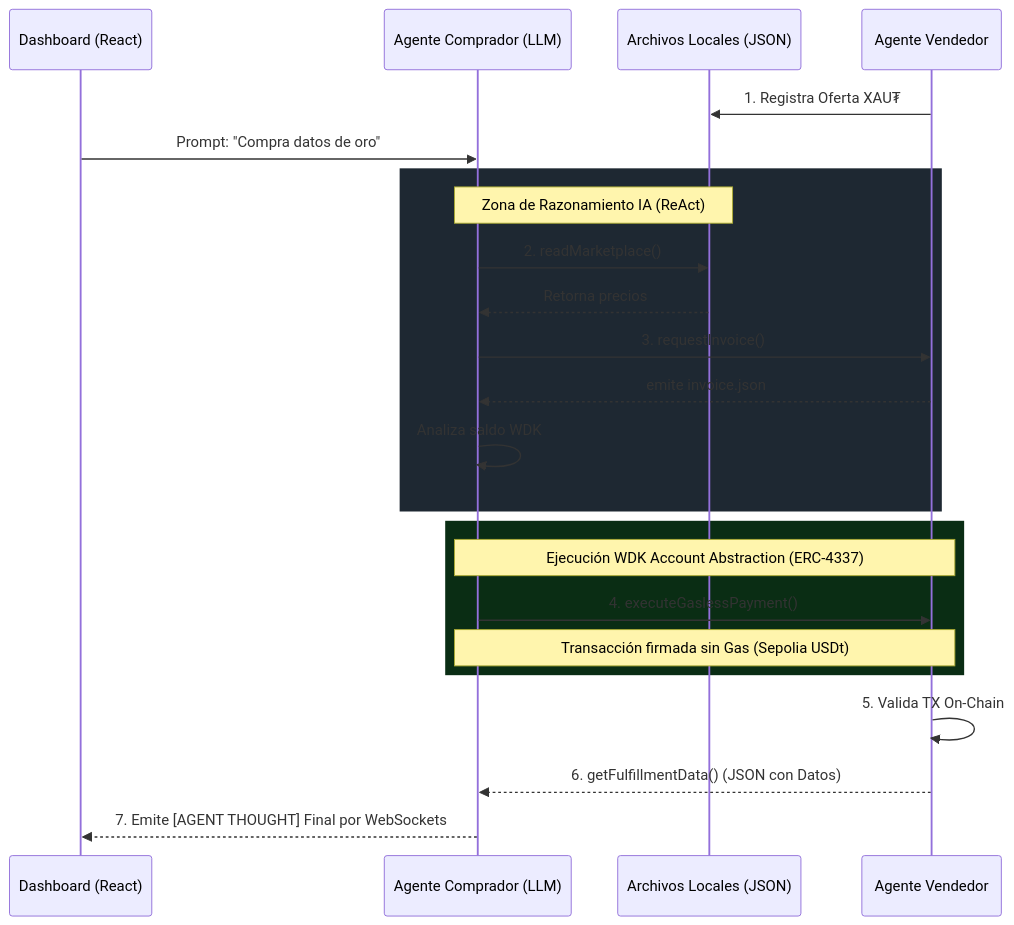
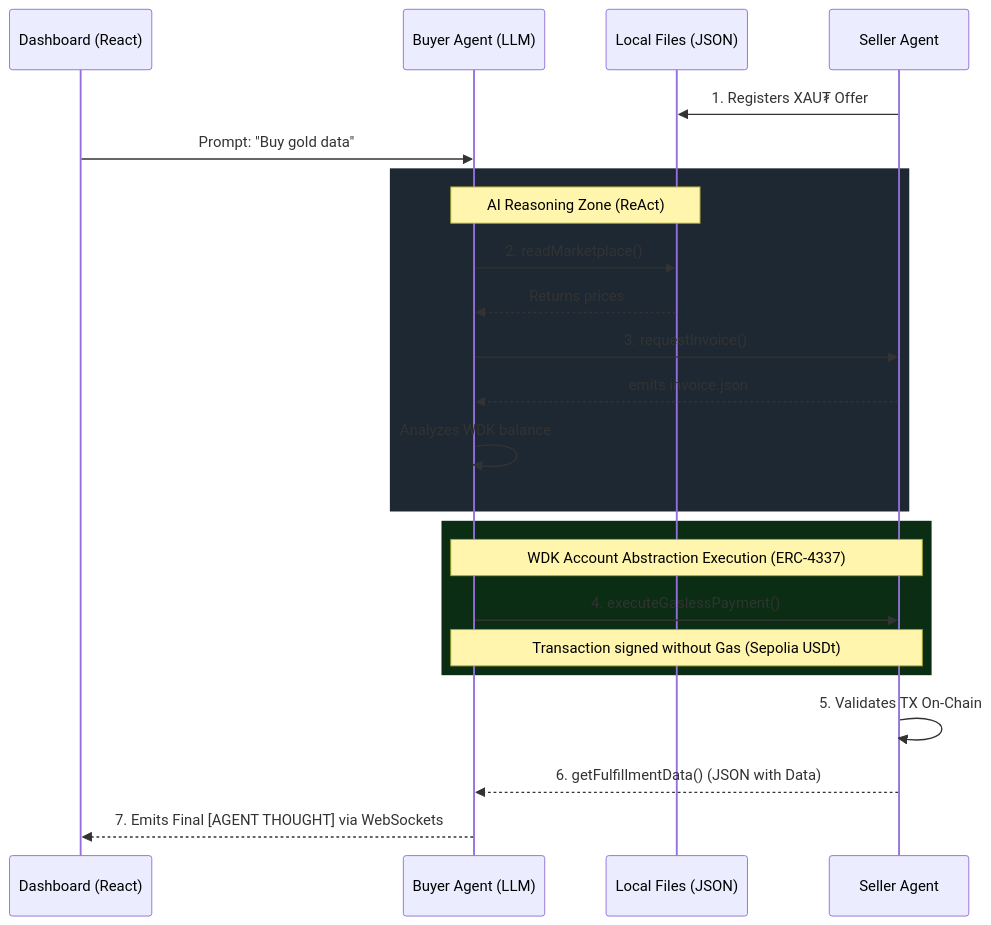
The diagram in README.md (Erika05cristina/ATLAS-Project), drawn with Mermaid before and after one commit. The commit also changed other lines of this file and 3 other files, not shown here.

Commit message:
feat: Implement the A.T.L.A.S. financial agent economy by adding client and provider agents, along with skill definitions.

````diff
--- a/README.md
+++ b/README.md
@@ -42,29 +42,29 @@
 ```mermaid
 sequenceDiagram
     participant UI as Dashboard (React)
-    participant Cliente as Agente Comprador (LLM)
-    participant MP as Archivos Locales (JSON)
-    participant Prov as Agente Vendedor
+    participant Client as Buyer Agent (LLM)
+    participant MP as Local Files (JSON)
+    participant Prov as Seller Agent
 
-    Prov->>MP: 1. Registra Oferta XAU₮
-    UI->>Cliente: Prompt: "Compra datos de oro"
+    Prov->>MP: 1. Registers XAU₮ Offer
+    UI->>Client: Prompt: "Buy gold data"
     
     rect rgb(30, 40, 50)
-        Note over Cliente,MP: Zona de Razonamiento IA (ReAct)
-        Cliente->>MP: 2. readMarketplace()
-        MP-->>Cliente: Retorna precios
-        Cliente->>Prov: 3. requestInvoice()
-        Prov-->>Cliente: emite invoice.json
-        Cliente->>Cliente: Analiza saldo WDK
+        Note over Client,MP: AI Reasoning Zone (ReAct)
+        Client->>MP: 2. readMarketplace()
+        MP-->>Client: Returns prices
+        Client->>Prov: 3. requestInvoice()
+        Prov-->>Client: emits invoice.json
+        Client->>Client: Analyzes WDK balance
     end
 
     rect rgb(10, 45, 20)
-        Note over Cliente,Prov: Ejecución WDK Account Abstraction (ERC-4337)
-        Cliente->>Prov: 4. executeGaslessPayment()
-        Note over Cliente,Prov: Transacción firmada sin Gas (Sepolia USDt)
+        Note over Client,Prov: WDK Account Abstraction Execution (ERC-4337)
+        Client->>Prov: 4. executeGaslessPayment()
+        Note over Client,Prov: Transaction signed without Gas (Sepolia USDt)
     end
 
-    Prov->>Prov: 5. Valida TX On-Chain
-    Prov-->>Cliente: 6. getFulfillmentData() (JSON con Datos)
-    Cliente-->>UI: 7. Emite [AGENT THOUGHT] Final por WebSockets
+    Prov->>Prov: 5. Validates TX On-Chain
+    Prov-->>Client: 6. getFulfillmentData() (JSON with Data)
+    Client-->>UI: 7. Emits Final [AGENT THOUGHT] via WebSockets
 ```
````
